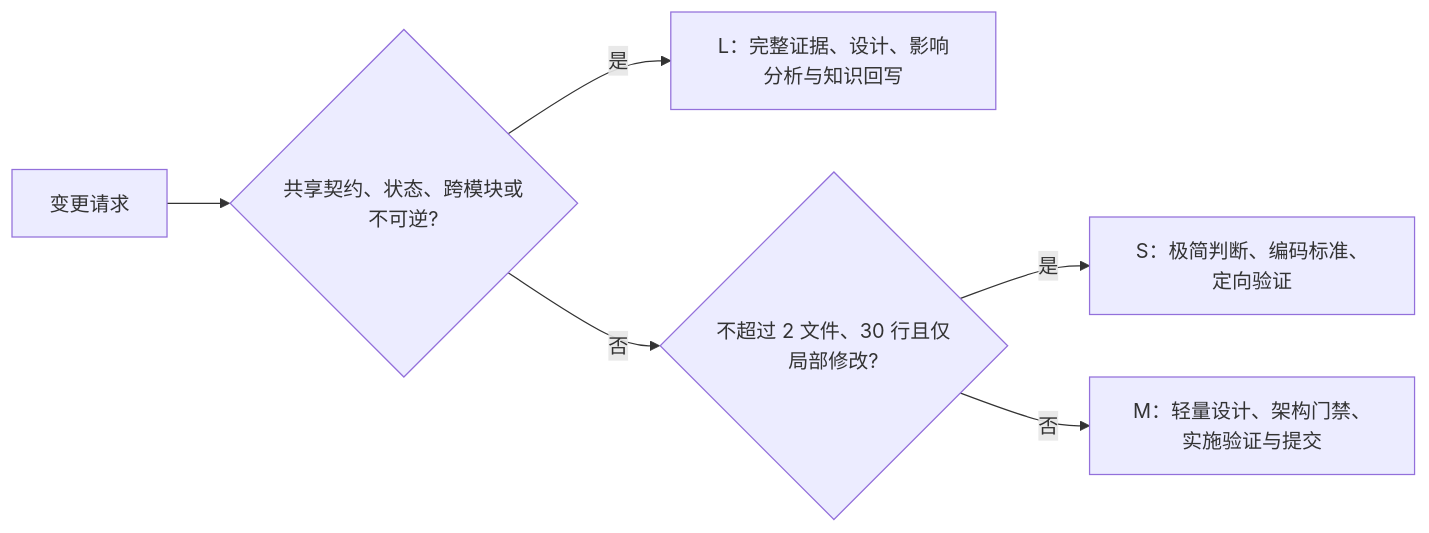
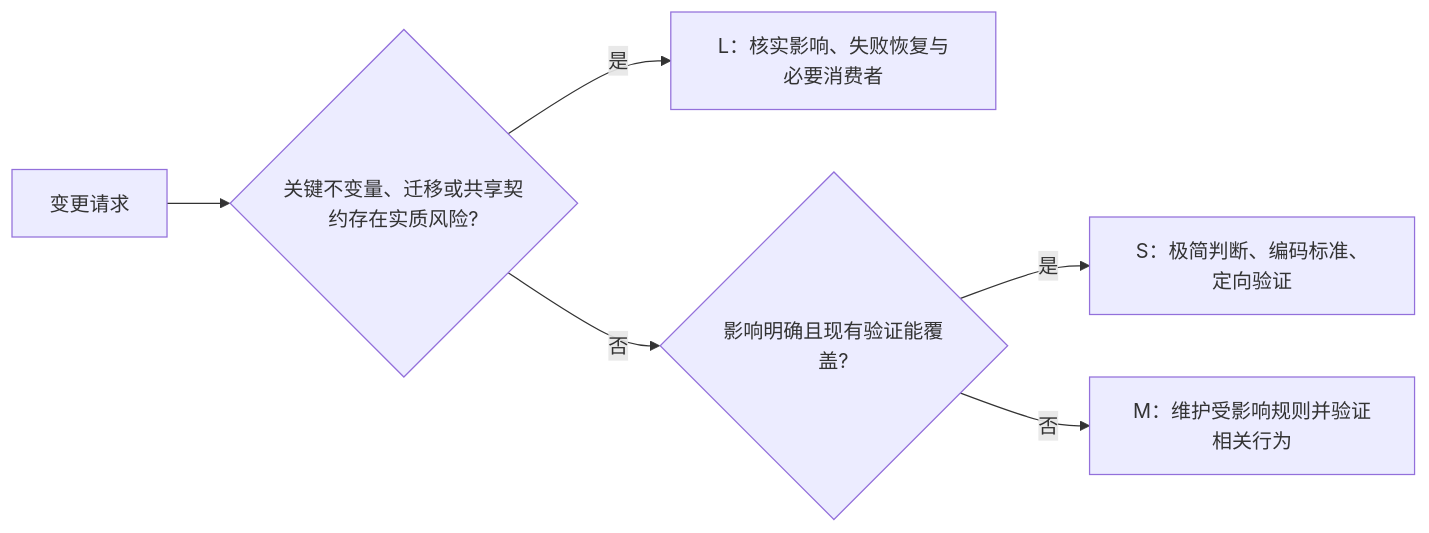
Before and after one commit to exception-coder/team-standards: the third of 3 diagrams in docs/skill-flow.md, drawn with Mermaid. The commit also changed other lines of this file and 29 other files, not shown here.

````diff
--- a/docs/skill-flow.md
+++ b/docs/skill-flow.md
@@ -301,8 +303,8 @@
 ```mermaid
 flowchart LR
-    CHANGE["变更请求"] --> RISK{"共享契约、状态、跨模块或不可逆?"}
-    RISK -->|"是"| LARGE["L：完整证据、设计、影响分析与知识回写"]
-    RISK -->|"否"| SIZE{"不超过 2 文件、30 行且仅局部修改?"}
+    CHANGE["变更请求"] --> RISK{"关键不变量、迁移或共享契约存在实质风险?"}
+    RISK -->|"是"| LARGE["L：核实影响、失败恢复与必要消费者"]
+    RISK -->|"否"| SIZE{"影响明确且现有验证能覆盖?"}
     SIZE -->|"是"| SMALL["S：极简判断、编码标准、定向验证"]
-    SIZE -->|"否"| MEDIUM["M：轻量设计、架构门禁、实施验证与提交"]
+    SIZE -->|"否"| MEDIUM["M：维护受影响规则并验证相关行为"]
 ```
````
